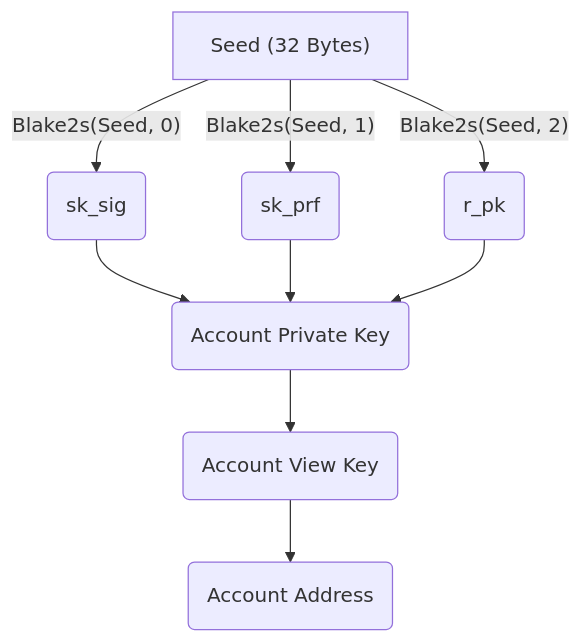
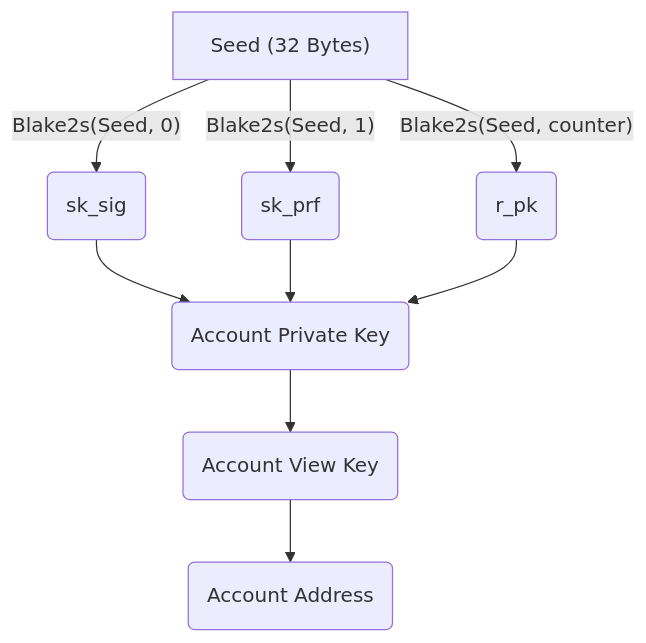
Before and after one commit to ProvableHQ/welcome: the diagram in documentation/aleo/concepts/00_accounts.md, drawn with Mermaid. The commit also changed other lines of this file, not shown here.

````diff
--- a/documentation/aleo/concepts/00_accounts.md
+++ b/documentation/aleo/concepts/00_accounts.md
@@ -151,14 +150,14 @@
 ```mermaid
 graph TD
 	A["Seed (32 Bytes)"] 
     A --> |"Blake2s(Seed, 0)"| B(sk_sig)
     A --> |"Blake2s(Seed, 1)"| C(sk_prf)
-    A --> |"Blake2s(Seed, 2)"| D(r_pk)
+    A --> |"Blake2s(Seed, counter)"| D(r_pk)
     
     B --> E(Account Private Key)
     C --> E(Account Private Key)
     D --> E(Account Private Key)
     
     E --> F(Account View Key) 
     F --> G(Account Address) 
 ```
````
